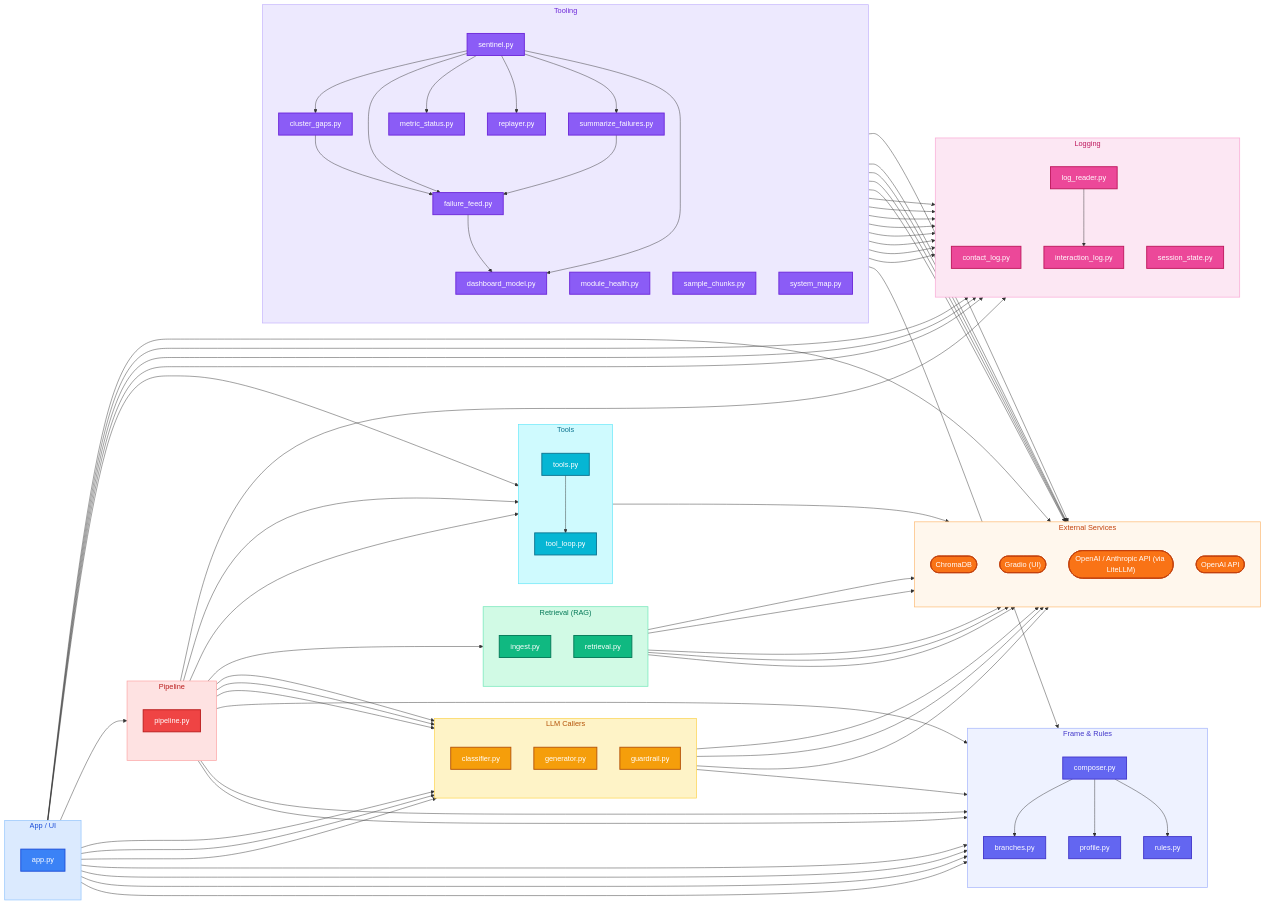
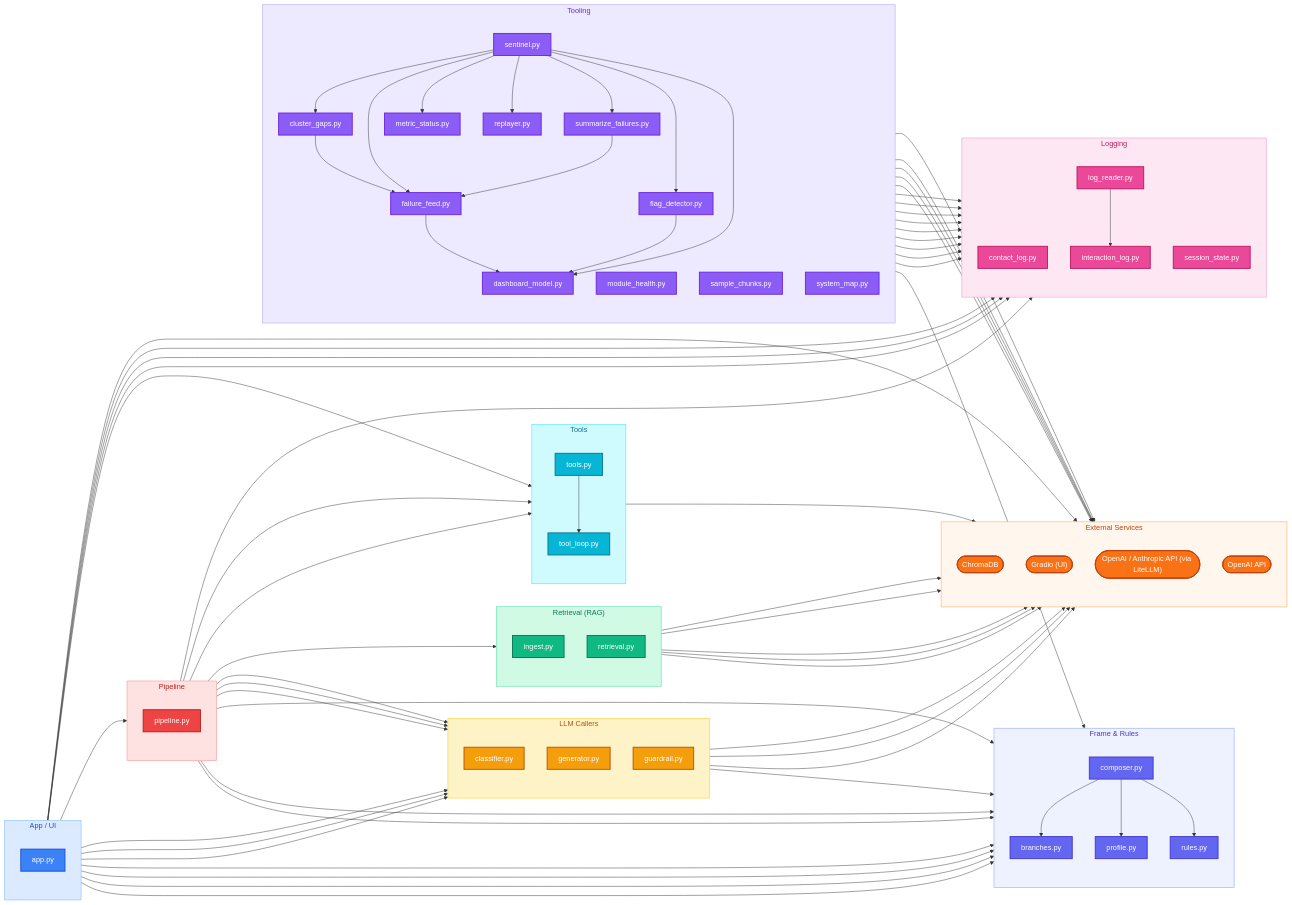
The second of 2 diagrams in docs/MAP.md (AlejandroFuentePinero/digital-twin), drawn with Mermaid before and after one commit. The commit also changed other lines of this file and 9 other files, not shown here.

First line of the commit message:
#34: Flags panel + FlagDetector (Phase 4 slice 7/7)

```diff
--- a/docs/MAP.md
+++ b/docs/MAP.md
@@ -139,6 +139,7 @@
     cluster_gaps["cluster_gaps.py"]:::tooling
     dashboard_model["dashboard_model.py"]:::tooling
     failure_feed["failure_feed.py"]:::tooling
+    flag_detector["flag_detector.py"]:::tooling
     metric_status["metric_status.py"]:::tooling
     module_health["module_health.py"]:::tooling
     replayer["replayer.py"]:::tooling
@@ -176,6 +177,8 @@
   dashboard_model --> interaction_log
   failure_feed --> dashboard_model
   failure_feed --> interaction_log
+  flag_detector --> dashboard_model
+  flag_detector --> interaction_log
   guardrail --> rules
   log_reader --> interaction_log
   pipeline --> tool_loop
@@ -193,6 +196,7 @@
   sentinel --> branches
   sentinel --> cluster_gaps
   sentinel --> dashboard_model
+  sentinel --> flag_detector
   sentinel --> summarize_failures
   sentinel --> failure_feed
   sentinel --> interaction_log
```
